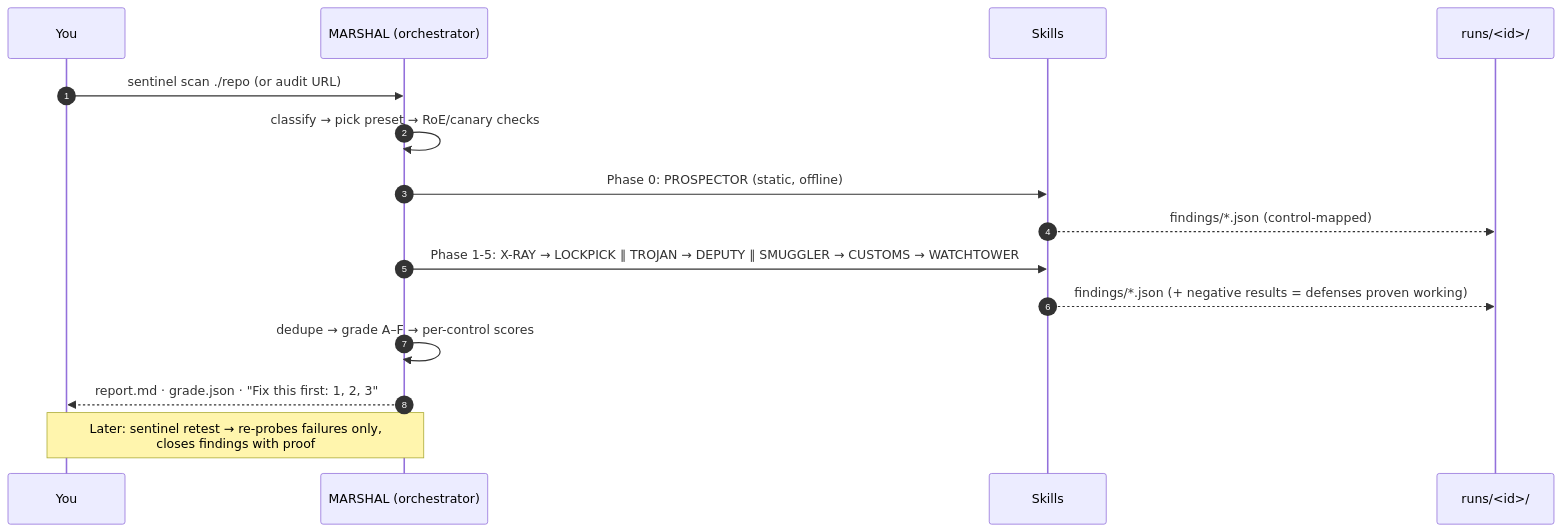
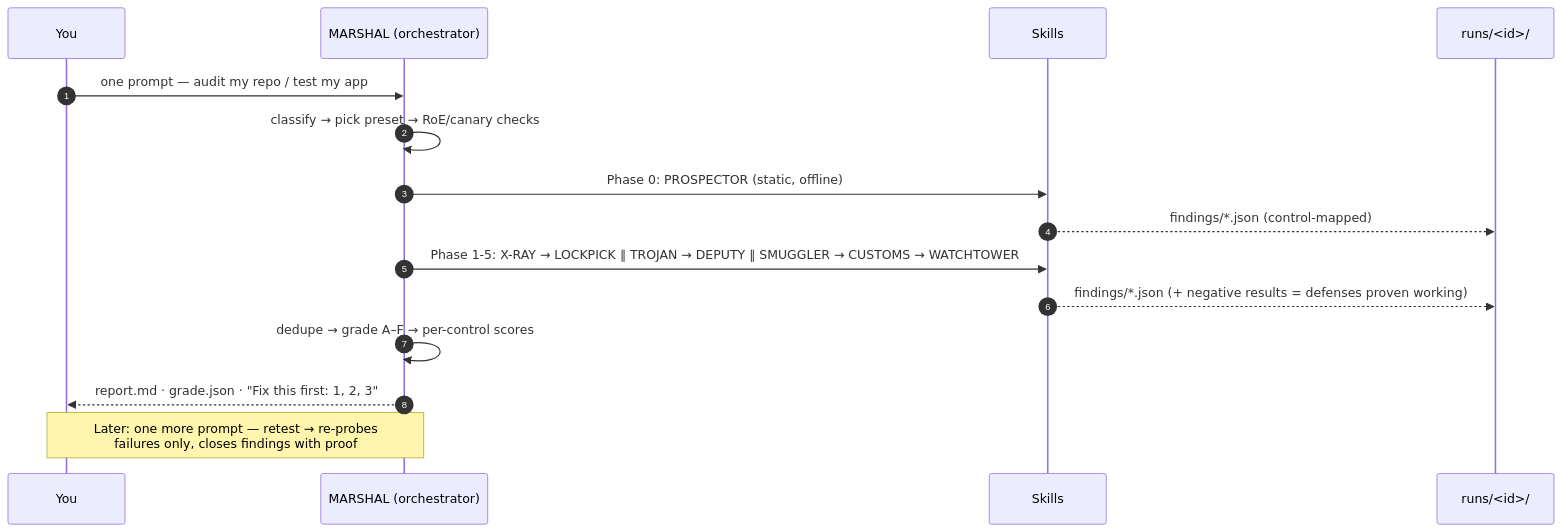
The third of 4 diagrams in README.md (chinna250801/sentinel-llm), drawn with Mermaid before and after one commit. The commit also changed other lines of this file and 5 other files, not shown here.

````diff
--- a/README.md
+++ b/README.md
@@ -138,18 +144,18 @@
 ```mermaid
 sequenceDiagram
     autonumber
     participant You
     participant M as MARSHAL (orchestrator)
     participant Sk as Skills
     participant R as runs/<id>/
 
-    You->>M: sentinel scan ./repo (or audit URL)
+    You->>M: one prompt — audit my repo / test my app
     M->>M: classify → pick preset → RoE/canary checks
     M->>Sk: Phase 0: PROSPECTOR (static, offline)
     Sk-->>R: findings/*.json (control-mapped)
     M->>Sk: Phase 1-5: X-RAY → LOCKPICK ∥ TROJAN → DEPUTY ∥ SMUGGLER → CUSTOMS → WATCHTOWER
     Sk-->>R: findings/*.json (+ negative results = defenses proven working)
     M->>M: dedupe → grade A–F → per-control scores
     M-->>You: report.md · grade.json · "Fix this first: 1, 2, 3"
-    Note over You,M: Later: sentinel retest → re-probes failures only,<br/>closes findings with proof
+    Note over You,M: Later: one more prompt — retest → re-probes<br/>failures only, closes findings with proof
 ```
````
